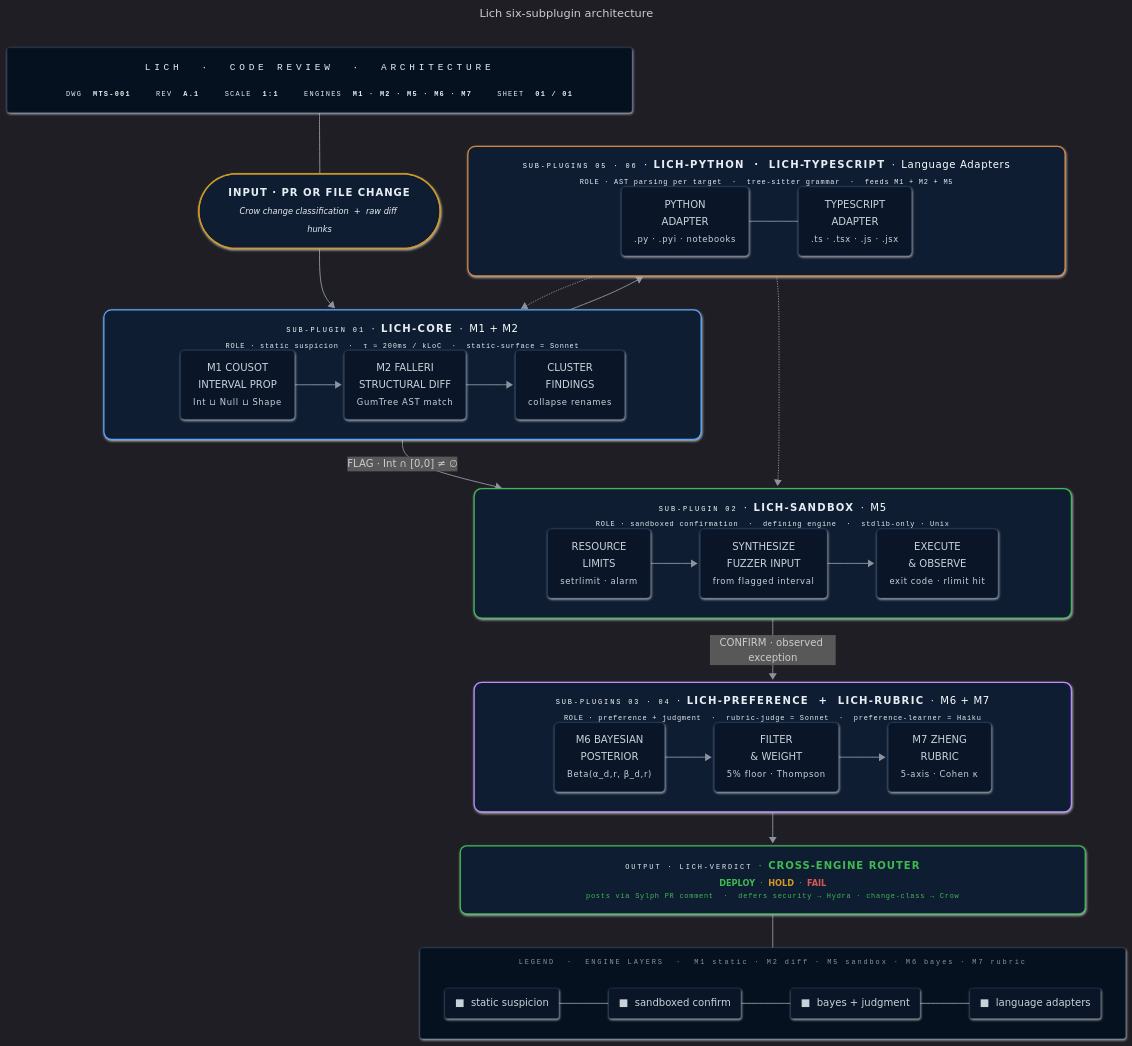
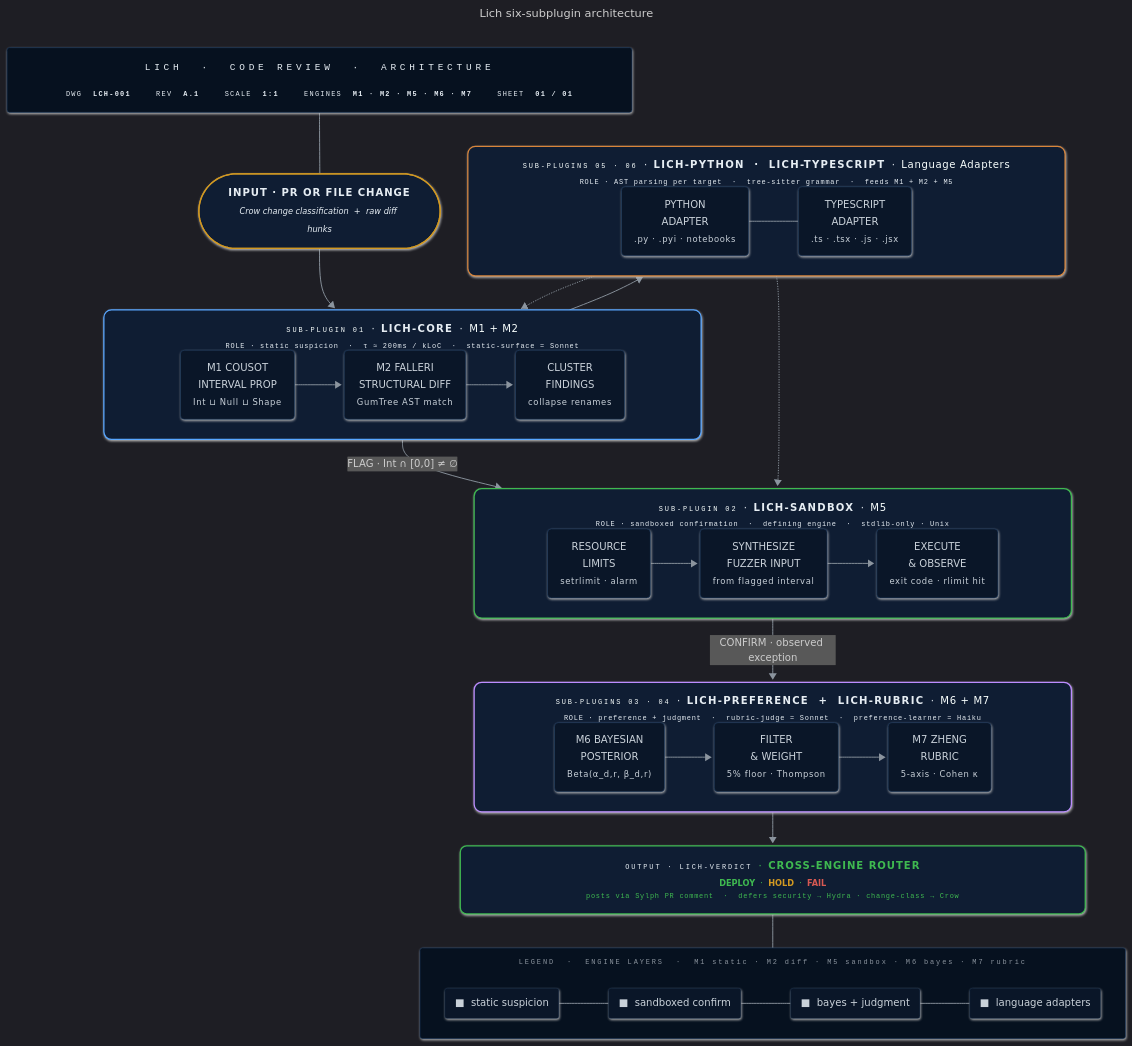
One commit to enchanted-plugins/lich changed the diagram in docs/assets/pipeline.mmd. Above: the diagram before and after it, drawn with Mermaid. The commit also changed 2 other files, not shown here.

Commit message:
fix: update old 3-letter drawing codes in .mmd title blocks

```diff
--- a/docs/assets/pipeline.mmd
+++ b/docs/assets/pipeline.mmd
@@ -1,79 +1,79 @@
 ---
 title: Lich six-subplugin architecture
 config:
   look: neo
   theme: dark
   flowchart:
     curve: basis
     padding: 18
     nodeSpacing: 44
     rankSpacing: 54
     htmlLabels: true
     subGraphTitleMargin:
       top: 14
       bottom: 18
 ---
 flowchart TB
-    TitleBlock["<div style='font-family:ui-monospace,SFMono-Regular,Consolas,monospace;text-align:center;min-width:940px;padding:6px 10px;line-height:1.8'><div style='color:#58a6ff;font-size:15px;letter-spacing:6px;border-bottom:1px solid #1e3a5f;padding-bottom:10px;margin-bottom:10px'>LICH &nbsp;·&nbsp; CODE&nbsp;REVIEW &nbsp;·&nbsp; ARCHITECTURE</div><div style='display:flex;gap:40px;justify-content:center;font-size:11px;color:#8b949e;letter-spacing:2px'><span>DWG&nbsp;&nbsp;<b style='color:#e6edf3'>MTS-001</b></span><span>REV&nbsp;&nbsp;<b style='color:#e6edf3'>A.1</b></span><span>SCALE&nbsp;&nbsp;<b style='color:#e6edf3'>1:1</b></span><span>ENGINES&nbsp;&nbsp;<b style='color:#e6edf3'>M1&nbsp;·&nbsp;M2&nbsp;·&nbsp;M5&nbsp;·&nbsp;M6&nbsp;·&nbsp;M7</b></span><span>SHEET&nbsp;&nbsp;<b style='color:#e6edf3'>01&nbsp;/&nbsp;01</b></span></div></div>"]
+    TitleBlock["<div style='font-family:ui-monospace,SFMono-Regular,Consolas,monospace;text-align:center;min-width:940px;padding:6px 10px;line-height:1.8'><div style='color:#58a6ff;font-size:15px;letter-spacing:6px;border-bottom:1px solid #1e3a5f;padding-bottom:10px;margin-bottom:10px'>LICH &nbsp;·&nbsp; CODE&nbsp;REVIEW &nbsp;·&nbsp; ARCHITECTURE</div><div style='display:flex;gap:40px;justify-content:center;font-size:11px;color:#8b949e;letter-spacing:2px'><span>DWG&nbsp;&nbsp;<b style='color:#e6edf3'>LCH-001</b></span><span>REV&nbsp;&nbsp;<b style='color:#e6edf3'>A.1</b></span><span>SCALE&nbsp;&nbsp;<b style='color:#e6edf3'>1:1</b></span><span>ENGINES&nbsp;&nbsp;<b style='color:#e6edf3'>M1&nbsp;·&nbsp;M2&nbsp;·&nbsp;M5&nbsp;·&nbsp;M6&nbsp;·&nbsp;M7</b></span><span>SHEET&nbsp;&nbsp;<b style='color:#e6edf3'>01&nbsp;/&nbsp;01</b></span></div></div>"]
 
     Input(["<div style='text-align:center;line-height:1.8;padding:4px 12px'><b style='letter-spacing:1.5px'>INPUT&nbsp;·&nbsp;PR&nbsp;OR&nbsp;FILE&nbsp;CHANGE</b><br/><em style='color:#8b949e;font-size:13px;font-weight:400'>Crow change classification &nbsp;+&nbsp; raw diff hunks</em></div>"])
 
     subgraph Core["<div style='text-align:center;min-width:940px;line-height:2'><div><span style='font-family:ui-monospace,monospace;color:#8b949e;font-size:11px;letter-spacing:3px'>SUB-PLUGIN&nbsp;01</span>&nbsp;&nbsp;·&nbsp;&nbsp;<b style='letter-spacing:2px'>LICH-CORE</b>&nbsp;&nbsp;·&nbsp;&nbsp;<span style='color:#58a6ff;letter-spacing:1px'>M1&nbsp;+&nbsp;M2</span></div><div style='color:#6e7681;font-size:11px;font-family:ui-monospace,monospace;letter-spacing:1.2px'>ROLE&nbsp;·&nbsp;static&nbsp;suspicion&nbsp;&nbsp;·&nbsp;&nbsp;τ&nbsp;≈&nbsp;200ms&nbsp;/&nbsp;kLoC&nbsp;&nbsp;·&nbsp;&nbsp;static-surface&nbsp;=&nbsp;Sonnet</div></div>"]
         direction LR
         interval["<div style='text-align:center;line-height:1.7;padding:2px 4px'>M1&nbsp;COUSOT<br/>INTERVAL&nbsp;PROP<br/><small style='color:#6e7681;letter-spacing:1px'>Int&nbsp;⊔&nbsp;Null&nbsp;⊔&nbsp;Shape</small></div>"] --> diff["<div style='text-align:center;line-height:1.7;padding:2px 4px'>M2&nbsp;FALLERI<br/>STRUCTURAL&nbsp;DIFF<br/><small style='color:#6e7681;letter-spacing:1px'>GumTree&nbsp;AST&nbsp;match</small></div>"] --> cluster["<div style='text-align:center;line-height:1.7;padding:2px 4px'>CLUSTER<br/>FINDINGS<br/><small style='color:#6e7681;letter-spacing:1px'>collapse&nbsp;renames</small></div>"]
     end
 
     subgraph Sandbox["<div style='text-align:center;min-width:940px;line-height:2'><div><span style='font-family:ui-monospace,monospace;color:#8b949e;font-size:11px;letter-spacing:3px'>SUB-PLUGIN&nbsp;02</span>&nbsp;&nbsp;·&nbsp;&nbsp;<b style='letter-spacing:2px'>LICH-SANDBOX</b>&nbsp;&nbsp;·&nbsp;&nbsp;<span style='color:#3fb950;letter-spacing:1px'>M5</span></div><div style='color:#6e7681;font-size:11px;font-family:ui-monospace,monospace;letter-spacing:1.2px'>ROLE&nbsp;·&nbsp;sandboxed&nbsp;confirmation&nbsp;&nbsp;·&nbsp;&nbsp;defining&nbsp;engine&nbsp;&nbsp;·&nbsp;&nbsp;stdlib-only&nbsp;·&nbsp;Unix</div></div>"]
         direction LR
         rlimit["<div style='text-align:center;line-height:1.7;padding:2px 4px'>RESOURCE<br/>LIMITS<br/><small style='color:#6e7681;letter-spacing:1px'>setrlimit&nbsp;·&nbsp;alarm</small></div>"] --> fuzz["<div style='text-align:center;line-height:1.7;padding:2px 4px'>SYNTHESIZE<br/>FUZZER&nbsp;INPUT<br/><small style='color:#6e7681;letter-spacing:1px'>from&nbsp;flagged&nbsp;interval</small></div>"] --> exec["<div style='text-align:center;line-height:1.7;padding:2px 4px'>EXECUTE<br/>&amp;&nbsp;OBSERVE<br/><small style='color:#6e7681;letter-spacing:1px'>exit&nbsp;code&nbsp;·&nbsp;rlimit&nbsp;hit</small></div>"]
     end
 
     subgraph Bayes["<div style='text-align:center;min-width:940px;line-height:2'><div><span style='font-family:ui-monospace,monospace;color:#8b949e;font-size:11px;letter-spacing:3px'>SUB-PLUGINS&nbsp;03&nbsp;·&nbsp;04</span>&nbsp;&nbsp;·&nbsp;&nbsp;<b style='letter-spacing:2px'>LICH-PREFERENCE&nbsp;&nbsp;+&nbsp;&nbsp;LICH-RUBRIC</b>&nbsp;&nbsp;·&nbsp;&nbsp;<span style='color:#bc8cff;letter-spacing:1px'>M6&nbsp;+&nbsp;M7</span></div><div style='color:#6e7681;font-size:11px;font-family:ui-monospace,monospace;letter-spacing:1.2px'>ROLE&nbsp;·&nbsp;preference&nbsp;+&nbsp;judgment&nbsp;&nbsp;·&nbsp;&nbsp;rubric-judge&nbsp;=&nbsp;Sonnet&nbsp;&nbsp;·&nbsp;&nbsp;preference-learner&nbsp;=&nbsp;Haiku</div></div>"]
         direction LR
         posterior["<div style='text-align:center;line-height:1.7;padding:2px 4px'>M6&nbsp;BAYESIAN<br/>POSTERIOR<br/><small style='color:#6e7681;letter-spacing:1px'>Beta(α_d,r,&nbsp;β_d,r)</small></div>"] --> filter["<div style='text-align:center;line-height:1.7;padding:2px 4px'>FILTER<br/>&amp;&nbsp;WEIGHT<br/><small style='color:#6e7681;letter-spacing:1px'>5%&nbsp;floor&nbsp;·&nbsp;Thompson</small></div>"] --> rubric["<div style='text-align:center;line-height:1.7;padding:2px 4px'>M7&nbsp;ZHENG<br/>RUBRIC<br/><small style='color:#6e7681;letter-spacing:1px'>5-axis&nbsp;·&nbsp;Cohen&nbsp;κ</small></div>"]
     end
 
     subgraph Adapt["<div style='text-align:center;min-width:940px;line-height:2'><div><span style='font-family:ui-monospace,monospace;color:#8b949e;font-size:11px;letter-spacing:3px'>SUB-PLUGINS&nbsp;05&nbsp;·&nbsp;06</span>&nbsp;&nbsp;·&nbsp;&nbsp;<b style='letter-spacing:2px'>LICH-PYTHON&nbsp;&nbsp;·&nbsp;&nbsp;LICH-TYPESCRIPT</b>&nbsp;&nbsp;·&nbsp;&nbsp;<span style='color:#d8853b;letter-spacing:1px'>Language&nbsp;Adapters</span></div><div style='color:#6e7681;font-size:11px;font-family:ui-monospace,monospace;letter-spacing:1.2px'>ROLE&nbsp;·&nbsp;AST&nbsp;parsing&nbsp;per&nbsp;target&nbsp;&nbsp;·&nbsp;&nbsp;tree-sitter&nbsp;grammar&nbsp;&nbsp;·&nbsp;&nbsp;feeds&nbsp;M1&nbsp;+&nbsp;M2&nbsp;+&nbsp;M5</div></div>"]
         direction LR
         py["<div style='text-align:center;line-height:1.7;padding:2px 4px'>PYTHON<br/>ADAPTER<br/><small style='color:#6e7681;letter-spacing:1px'>.py&nbsp;·&nbsp;.pyi&nbsp;·&nbsp;notebooks</small></div>"] --- ts["<div style='text-align:center;line-height:1.7;padding:2px 4px'>TYPESCRIPT<br/>ADAPTER<br/><small style='color:#6e7681;letter-spacing:1px'>.ts&nbsp;·&nbsp;.tsx&nbsp;·&nbsp;.js&nbsp;·&nbsp;.jsx</small></div>"]
     end
 
     Verdict["<div style='text-align:center;min-width:940px;line-height:1.8;padding:6px 10px'><div><span style='font-family:ui-monospace,monospace;color:#8b949e;font-size:11px;letter-spacing:3px'>OUTPUT&nbsp;·&nbsp;LICH-VERDICT</span>&nbsp;&nbsp;·&nbsp;&nbsp;<b style='letter-spacing:1.5px'>CROSS-ENGINE&nbsp;ROUTER</b></div><div style='color:#8b949e;font-size:13px'><b style='color:#3fb950'>DEPLOY</b>&nbsp;&nbsp;·&nbsp;&nbsp;<b style='color:#d29922'>HOLD</b>&nbsp;&nbsp;·&nbsp;&nbsp;<b style='color:#d75952'>FAIL</b></div><div style='color:#6e7681;font-size:11px;font-family:ui-monospace,monospace;letter-spacing:1.2px'>posts&nbsp;via&nbsp;Sylph&nbsp;PR&nbsp;comment&nbsp;&nbsp;·&nbsp;&nbsp;defers&nbsp;security&nbsp;→&nbsp;Hydra&nbsp;·&nbsp;change-class&nbsp;→&nbsp;Crow</div></div>"]
 
     subgraph Legend["<div style='font-family:ui-monospace,monospace;color:#8b949e;font-size:11px;letter-spacing:3px;min-width:940px;text-align:center'>LEGEND&nbsp;&nbsp;·&nbsp;&nbsp;ENGINE&nbsp;LAYERS&nbsp;&nbsp;·&nbsp;&nbsp;M1&nbsp;static&nbsp;·&nbsp;M2&nbsp;diff&nbsp;·&nbsp;M5&nbsp;sandbox&nbsp;·&nbsp;M6&nbsp;bayes&nbsp;·&nbsp;M7&nbsp;rubric</div>"]
         direction LR
         lg1["<span style='color:#58a6ff'>■</span>&nbsp;&nbsp;static&nbsp;suspicion"] --- lg2["<span style='color:#3fb950'>■</span>&nbsp;&nbsp;sandboxed&nbsp;confirm"] --- lg3["<span style='color:#bc8cff'>■</span>&nbsp;&nbsp;bayes&nbsp;+&nbsp;judgment"] --- lg4["<span style='color:#d8853b'>■</span>&nbsp;&nbsp;language&nbsp;adapters"]
     end
 
     TitleBlock ~~~ Input
     Input --> Core
     Core -->|"FLAG · Int ∩ [0,0] ≠ ∅"| Sandbox
     Core --> Adapt
     Sandbox -->|"CONFIRM · observed exception"| Bayes
     Adapt -.-> Core
     Adapt -.-> Sandbox
     Bayes --> Verdict
     Verdict ~~~ Legend
 
     classDef step fill:#0a1628,stroke:#1e3a5f,stroke-width:1px,color:#c9d1d9,rx:6,ry:6
     classDef userNode fill:#0a1628,stroke:#1e3a5f,stroke-width:1.5px,color:#e6edf3,rx:10,ry:10
     classDef titleBlock fill:#06111f,stroke:#1e3a5f,stroke-width:1px,color:#e6edf3,rx:4,ry:4
     classDef verdictStyle fill:#0f1d33,stroke:#3fb950,stroke-width:2px,color:#e6edf3,rx:10,ry:10
     classDef legend fill:#06111f,stroke:#1e3a5f,stroke-width:1px,color:#8b949e,rx:4,ry:4
     classDef legendItem fill:#0a1628,stroke:#1e3a5f,stroke-width:0.5px,color:#c9d1d9,rx:4,ry:4
 
     class Input userNode
     class interval,diff,cluster,rlimit,fuzz,exec,posterior,filter,rubric,py,ts step
     class Verdict verdictStyle
     class TitleBlock titleBlock
     class Legend legend
     class lg1,lg2,lg3,lg4 legendItem
 
     style Input fill:#0f1d33,stroke:#d29922,stroke-width:2px,color:#e6edf3,rx:10,ry:10
     style Core fill:#0f1d33,stroke:#58a6ff,stroke-width:2px,color:#e6edf3,rx:12,ry:12
     style Sandbox fill:#0f1d33,stroke:#3fb950,stroke-width:2px,color:#e6edf3,rx:12,ry:12
     style Bayes fill:#0f1d33,stroke:#bc8cff,stroke-width:2px,color:#e6edf3,rx:12,ry:12
     style Adapt fill:#0f1d33,stroke:#d8853b,stroke-width:2px,color:#e6edf3,rx:12,ry:12
     style Verdict fill:#0f1d33,stroke:#3fb950,stroke-width:2px,color:#3fb950,rx:10,ry:10
 
     linkStyle default stroke:#8b949e,stroke-width:1.5px
```
